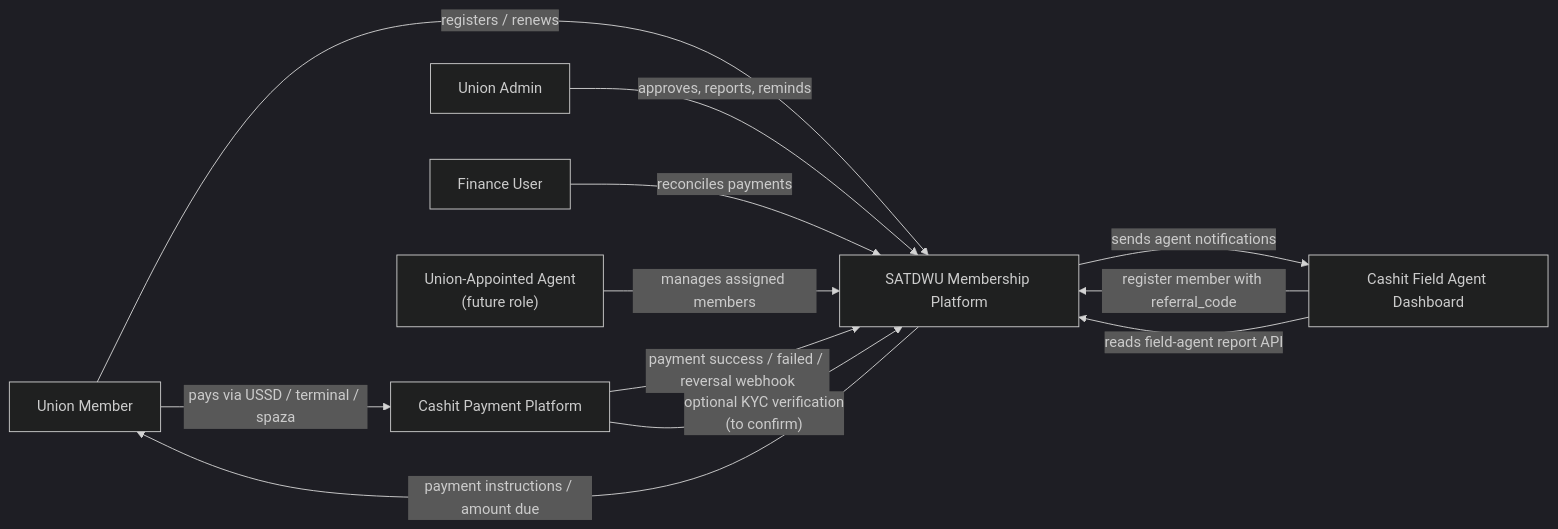
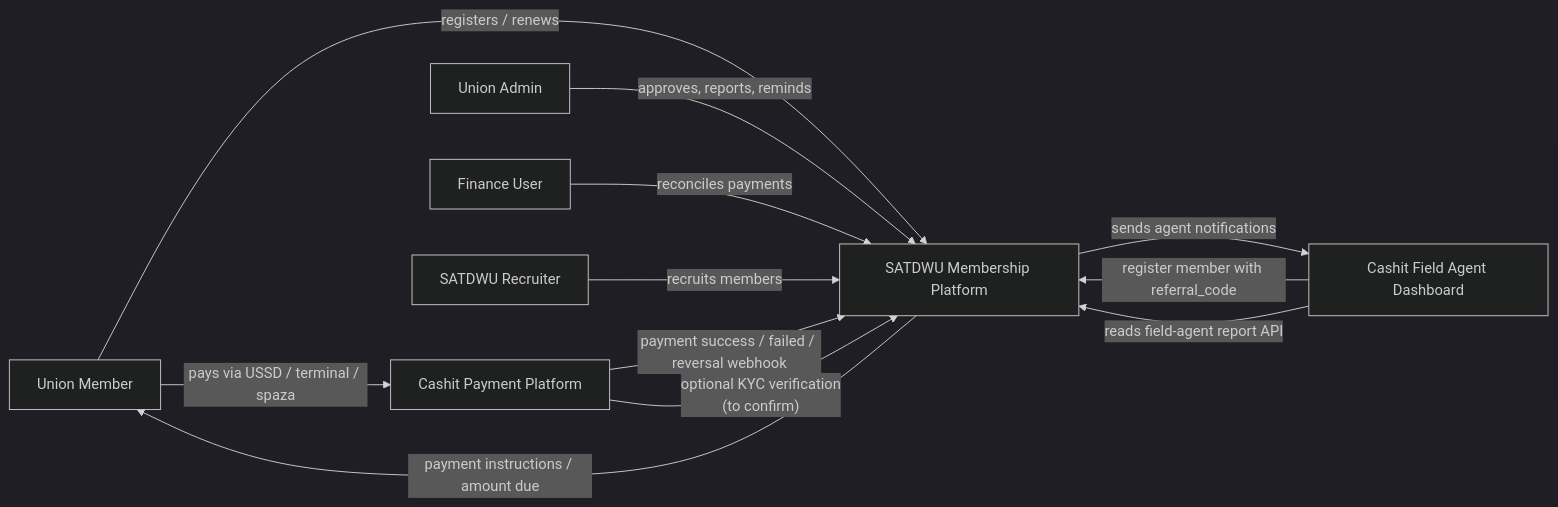
The first of 3 diagrams in FUNCTIONALITY_AND_SYSTEM_RELATIONSHIPS.md (RogerBez/satdwu-membership-platform), drawn with Mermaid (dark theme) before and after one commit. The commit also changed other lines of this file and 5 other files, not shown here.

Commit message:
feat: add SATDWU recruiter management

````diff
--- a/FUNCTIONALITY_AND_SYSTEM_RELATIONSHIPS.md
+++ b/FUNCTIONALITY_AND_SYSTEM_RELATIONSHIPS.md
@@ -77,17 +80,17 @@
 ```mermaid
 flowchart LR
   Member["Union Member"] -->|"registers / renews"| SATDWU["SATDWU Membership Platform"]
   UnionAdmin["Union Admin"] -->|"approves, reports, reminds"| SATDWU
   Finance["Finance User"] -->|"reconciles payments"| SATDWU
-  UnionAgent["Union-Appointed Agent<br/>(future role)"] -->|"manages assigned members"| SATDWU
+  Recruiter["SATDWU Recruiter"] -->|"recruits members"| SATDWU
 
   CashitFA["Cashit Field Agent Dashboard"] -->|"register member with referral_code"| SATDWU
   CashitFA -->|"reads field-agent report API"| SATDWU
   SATDWU -->|"sends agent notifications"| CashitFA
 
   SATDWU -->|"payment instructions / amount due"| Member
   Member -->|"pays via USSD / terminal / spaza"| Cashit["Cashit Payment Platform"]
   Cashit -->|"payment success / failed / reversal webhook"| SATDWU
 
   Cashit -->|"optional KYC verification<br/>(to confirm)"| SATDWU
 ```
````
